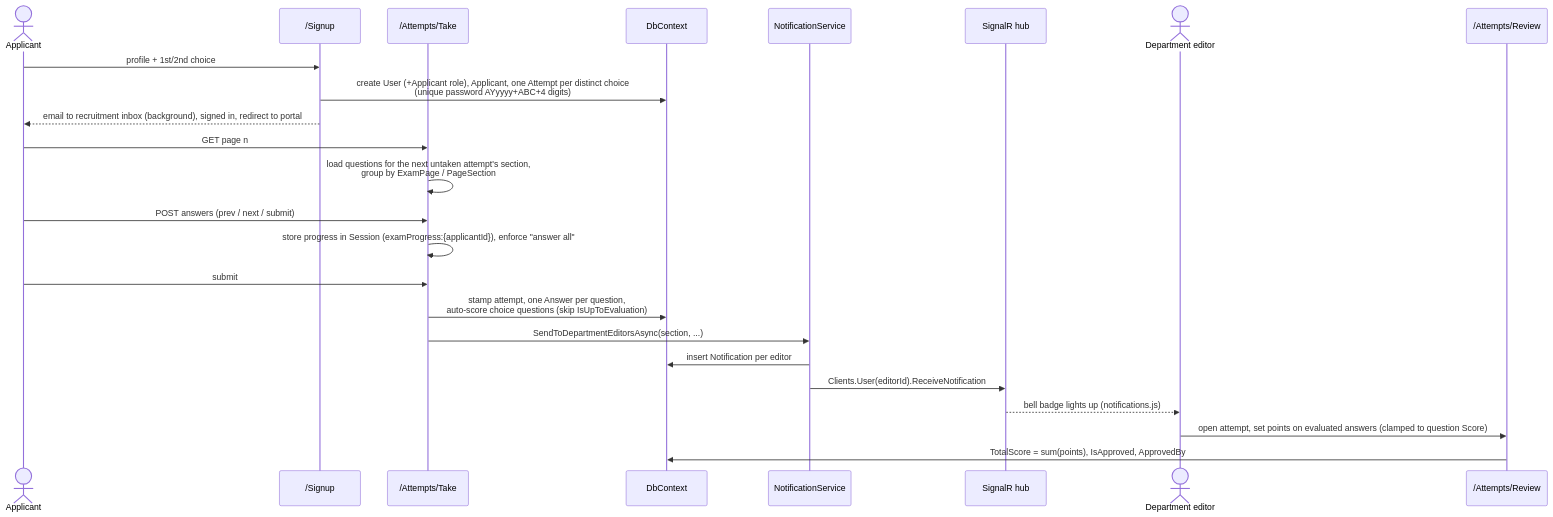
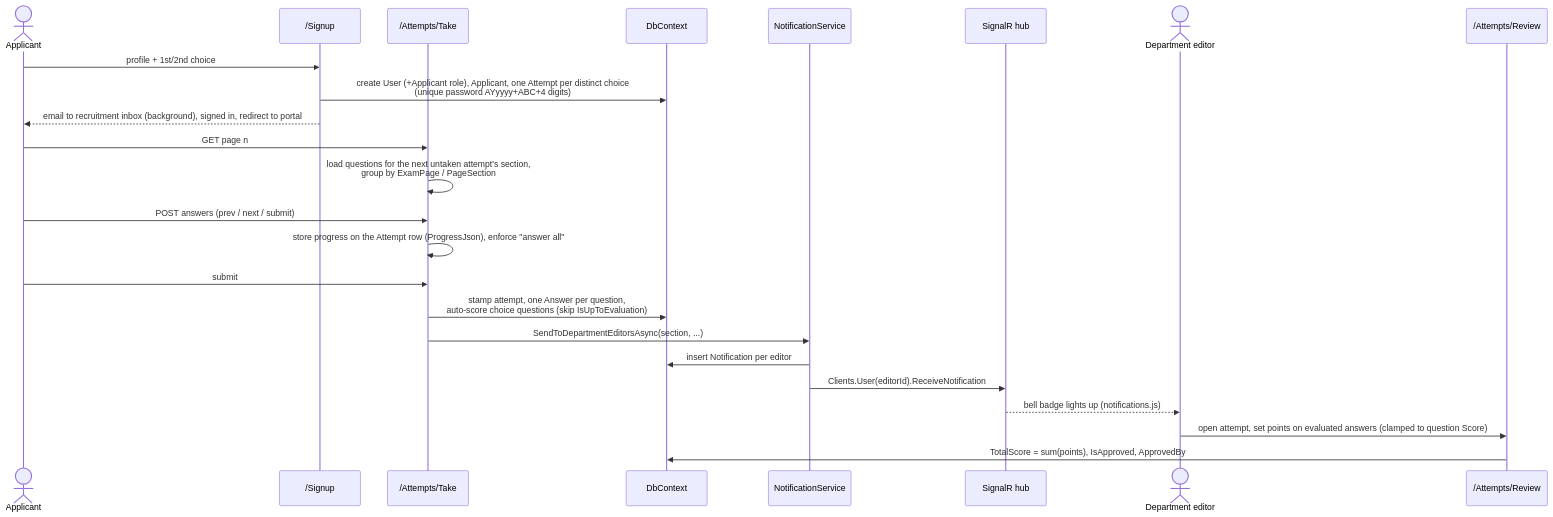
The fourth of 4 diagrams in docs/ARCHITECTURE.md (MLNR20/Ad-Astra-Exam-Website), drawn with Mermaid before and after one commit. The commit also changed other lines of this file and 31 other files, not shown here.

First line of the commit message:
Filter soft-deleted departments, courses and sections globally and keep exam progress in the database

````diff
--- a/docs/ARCHITECTURE.md
+++ b/docs/ARCHITECTURE.md
@@ -291,27 +291,27 @@
 ```mermaid
 sequenceDiagram
     actor A as Applicant
     participant Su as /Signup
     participant T as /Attempts/Take
     participant DB as DbContext
     participant NS as NotificationService
     participant Hub as SignalR hub
     actor E as Department editor
     participant R as /Attempts/Review
 
     A->>Su: profile + 1st/2nd choice
     Su->>DB: create User (+Applicant role), Applicant, one Attempt per distinct choice<br/>(unique password AYyyyy+ABC+4 digits)
     Su-->>A: email to recruitment inbox (background), signed in, redirect to portal
     A->>T: GET page n
     T->>T: load questions for the next untaken attempt's section,<br/>group by ExamPage / PageSection
     A->>T: POST answers (prev / next / submit)
-    T->>T: store progress in Session (examProgress:{applicantId}), enforce "answer all"
+    T->>T: store progress on the Attempt row (ProgressJson), enforce "answer all"
     A->>T: submit
     T->>DB: stamp attempt, one Answer per question,<br/>auto-score choice questions (skip IsUpToEvaluation)
     T->>NS: SendToDepartmentEditorsAsync(section, ...)
     NS->>DB: insert Notification per editor
     NS->>Hub: Clients.User(editorId).ReceiveNotification
     Hub-->>E: bell badge lights up (notifications.js)
     E->>R: open attempt, set points on evaluated answers (clamped to question Score)
     R->>DB: TotalScore = sum(points), IsApproved, ApprovedBy
 ```
````
